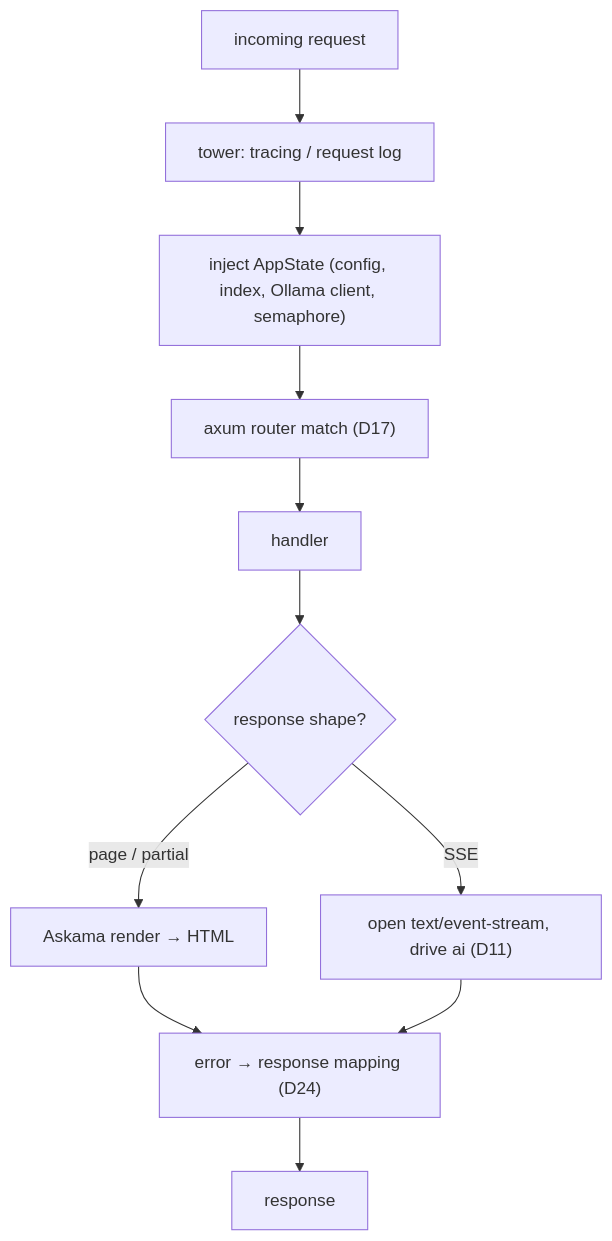
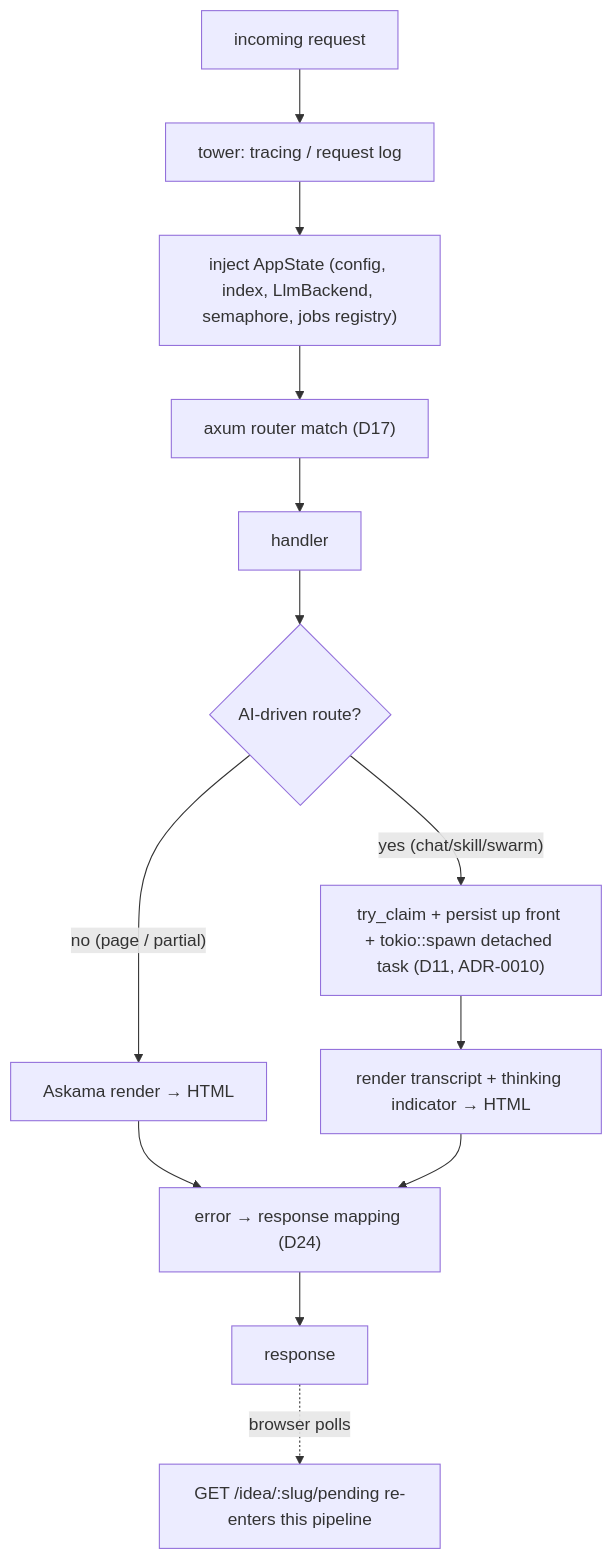
Before and after one commit to jasdian/idea-vault: the second of 2 diagrams in docs/09-web-ui.md, drawn with Mermaid. The commit also changed other lines of this file and 19 other files, not shown here.

````diff
--- a/docs/09-web-ui.md
+++ b/docs/09-web-ui.md
@@ -61,13 +82,15 @@
 ```mermaid
 flowchart TD
     REQ["incoming request"] --> TRACE["tower: tracing / request log"]
-    TRACE --> STATE["inject AppState (config, index, Ollama client, semaphore)"]
+    TRACE --> STATE["inject AppState (config, index, LlmBackend, semaphore, jobs registry)"]
     STATE --> ROUTE["axum router match (D17)"]
     ROUTE --> HANDLER["handler"]
-    HANDLER --> BRANCH{"response shape?"}
-    BRANCH -- "page / partial" --> RENDER["Askama render → HTML"]
-    BRANCH -- "SSE" --> STREAM["open text/event-stream, drive ai (D11)"]
+    HANDLER --> BRANCH{"AI-driven route?"}
+    BRANCH -- "no (page / partial)" --> RENDER["Askama render → HTML"]
+    BRANCH -- "yes (chat/skill/swarm)" --> JOBBR["try_claim + persist up front + tokio::spawn detached task (D11, ADR-0010)"]
+    JOBBR --> RENDER2["render transcript + thinking indicator → HTML"]
     RENDER --> ERRMAP
-    STREAM --> ERRMAP
+    RENDER2 --> ERRMAP
     ERRMAP["error → response mapping (D24)"] --> RESP["response"]
+    RESP -.->|"browser polls"| POLL["GET /idea/:slug/pending re-enters this pipeline"]
 ```
````
